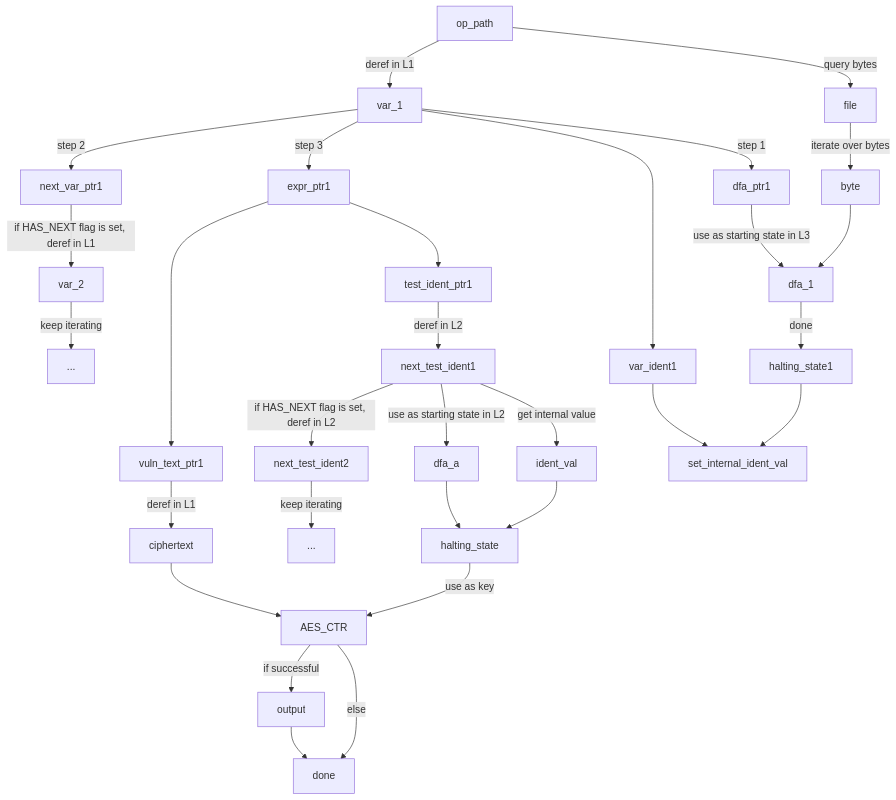
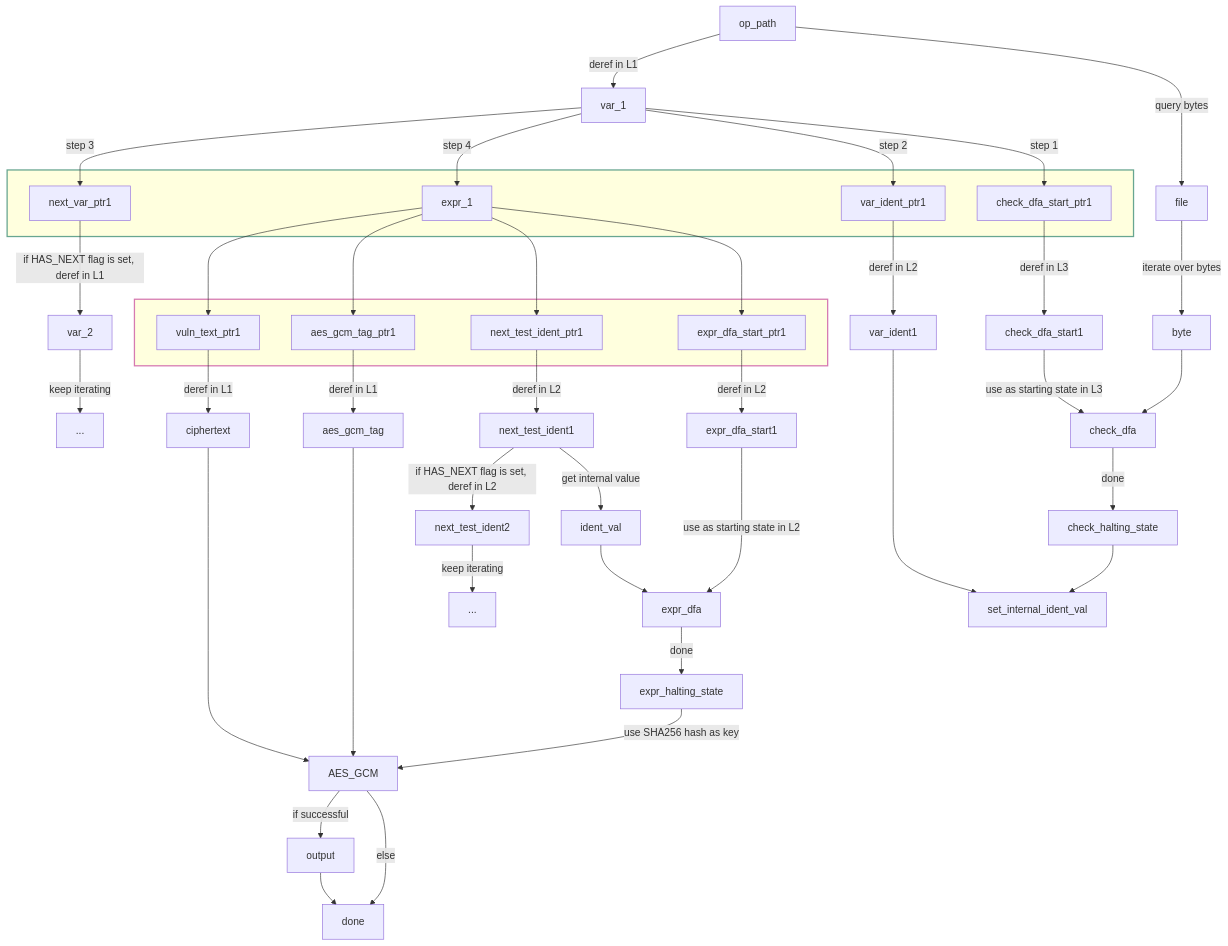
One commit to ajiang-xyz/ZekaEngine changed the diagram in technical/README.md. Above: the diagram before and after it, drawn with Mermaid. The commit also changed other lines of this file and 28 other files, not shown here.

````diff
--- a/technical/README.md
+++ b/technical/README.md
@@ -8,45 +6,71 @@
 ```mermaid
 flowchart TD
+    style one stroke:#68A691,stroke-width:2px
+    style two stroke:#D67AB1,stroke-width:2px
+
     op_path -->|deref in L1| var_1
-    var_1 -->|step 2| next_var_ptr1
-    var_1 -->|step 3| expr_ptr1
-    var_1 --> var_ident1
-    var_1 -->|step 1| dfa_ptr1
-    
+
+    var_1 -->|step 3| next_var_ptr1
+    var_1 -->|step 4| expr_1
+    var_1 -->|step 2| var_ident_ptr1
+    var_1 -->|step 1| check_dfa_start_ptr1
+
+    var_ident_ptr1 -->|deref in L2| var_ident1
+
     next_var_ptr1 -->|if HAS_NEXT flag is set, deref in L1| var_2
     var_2 -->|keep iterating| etc_1
-    expr_ptr1 --> vuln_text_ptr1
-    expr_ptr1 --> test_ident_ptr1
-    test_ident_ptr1 -->|deref in L2| next_test_ident1
+    
+    expr_1 --> vuln_text_ptr1
+    expr_1 --> aes_gcm_tag_ptr1
+    expr_1 --> next_test_ident_ptr1
+    expr_1 --> expr_dfa_start_ptr1
+
+    aes_gcm_tag_ptr1 -->|deref in L1| aes_gcm_tag
+    aes_gcm_tag --> AES_GCM
+    next_test_ident_ptr1 -->|deref in L2| next_test_ident1
+    expr_dfa_start_ptr1 -->|deref in L2| expr_dfa_start1
+    expr_dfa_start1 -->|use as starting state in L2| expr_dfa
     var_ident1 --> set_internal_ident_val
 
     next_test_ident1 -->|if HAS_NEXT flag is set, deref in L2| next_test_ident2
     next_test_ident2 -->|keep iterating| etc_2
 
-
-    next_test_ident1 -->|use as starting state in L2| dfa_a
     next_test_ident1 -->|get internal value| ident_val
 
-    dfa_a --> halting_state
-    ident_val --> halting_state
+    expr_dfa -->|done|expr_halting_state
+    ident_val --> expr_dfa
 
     vuln_text_ptr1 -->|deref in L1| ciphertext
-    ciphertext --> AES_CTR
-    halting_state -->|use as key| AES_CTR
+    ciphertext --> AES_GCM
+   expr_halting_state -->|use SHA256 hash as key| AES_GCM
 
-    AES_CTR -->|if successful| output
+    AES_GCM -->|if successful| output
     output --> done
-    AES_CTR -->|else| done
-
+    AES_GCM -->|else| done
 
     op_path -->|query bytes| file
     file -->|iterate over bytes| byte
-    byte --> dfa_1
-    dfa_ptr1 -->|use as starting state in L3| dfa_1
-    dfa_1 -->|done| halting_state1
+    byte --> check_dfa
+    check_dfa_start_ptr1 -->|deref in L3| check_dfa_start1
+    check_dfa_start1 -->|use as starting state in L3| check_dfa
+    check_dfa -->|done| check_halting_state
 
-    halting_state1 --> set_internal_ident_val
+    check_halting_state --> set_internal_ident_val
 
     etc_1[...]
     etc_2[...]
+
+    subgraph one [ ]
+    next_var_ptr1
+    expr_1
+    var_ident_ptr1
+    check_dfa_start_ptr1
+    end
+
+    subgraph two [ ]
+    vuln_text_ptr1
+    aes_gcm_tag_ptr1
+    expr_dfa_start_ptr1
+    next_test_ident_ptr1
+    end
 ```
````
